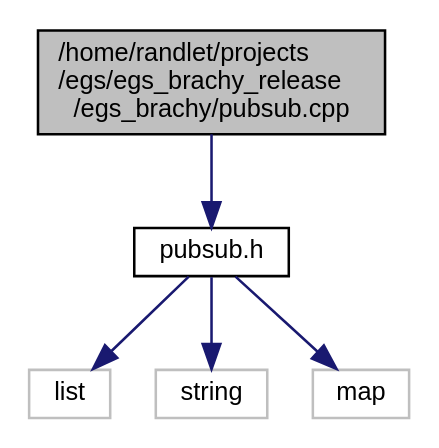
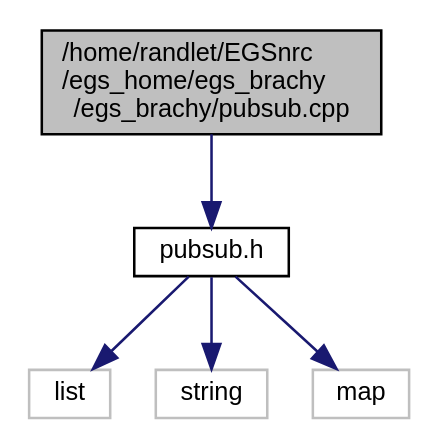
One commit to clrp-code/egs_brachy changed the diagram in docs/pubsub_8cpp__incl.dot. Above: the diagram before and after it, drawn with Graphviz. The commit also changed 675 other files, not shown here.

```diff
--- a/docs/pubsub_8cpp__incl.dot
+++ b/docs/pubsub_8cpp__incl.dot
@@ -1,14 +1,14 @@
-digraph "/home/randlet/projects/egs/egs_brachy_release/egs_brachy/pubsub.cpp"
+digraph "/home/randlet/EGSnrc/egs_home/egs_brachy/egs_brachy/pubsub.cpp"
 {
   edge [fontname="Helvetica",fontsize="10",labelfontname="Helvetica",labelfontsize="10"];
   node [fontname="Helvetica",fontsize="10",shape=record];
-  Node1 [label="/home/randlet/projects\l/egs/egs_brachy_release\l/egs_brachy/pubsub.cpp",height=0.2,width=0.4,color="black", fillcolor="grey75", style="filled", fontcolor="black"];
+  Node1 [label="/home/randlet/EGSnrc\l/egs_home/egs_brachy\l/egs_brachy/pubsub.cpp",height=0.2,width=0.4,color="black", fillcolor="grey75", style="filled", fontcolor="black"];
   Node1 -> Node2 [color="midnightblue",fontsize="10",style="solid",fontname="Helvetica"];
   Node2 [label="pubsub.h",height=0.2,width=0.4,color="black", fillcolor="white", style="filled",URL="$pubsub_8h.html",tooltip="A simple pub/sub module to allow various egs_brachy classes to subscribe to particle events..."];
   Node2 -> Node3 [color="midnightblue",fontsize="10",style="solid",fontname="Helvetica"];
   Node3 [label="list",height=0.2,width=0.4,color="grey75", fillcolor="white", style="filled"];
   Node2 -> Node4 [color="midnightblue",fontsize="10",style="solid",fontname="Helvetica"];
   Node4 [label="string",height=0.2,width=0.4,color="grey75", fillcolor="white", style="filled"];
   Node2 -> Node5 [color="midnightblue",fontsize="10",style="solid",fontname="Helvetica"];
   Node5 [label="map",height=0.2,width=0.4,color="grey75", fillcolor="white", style="filled"];
 }
```
